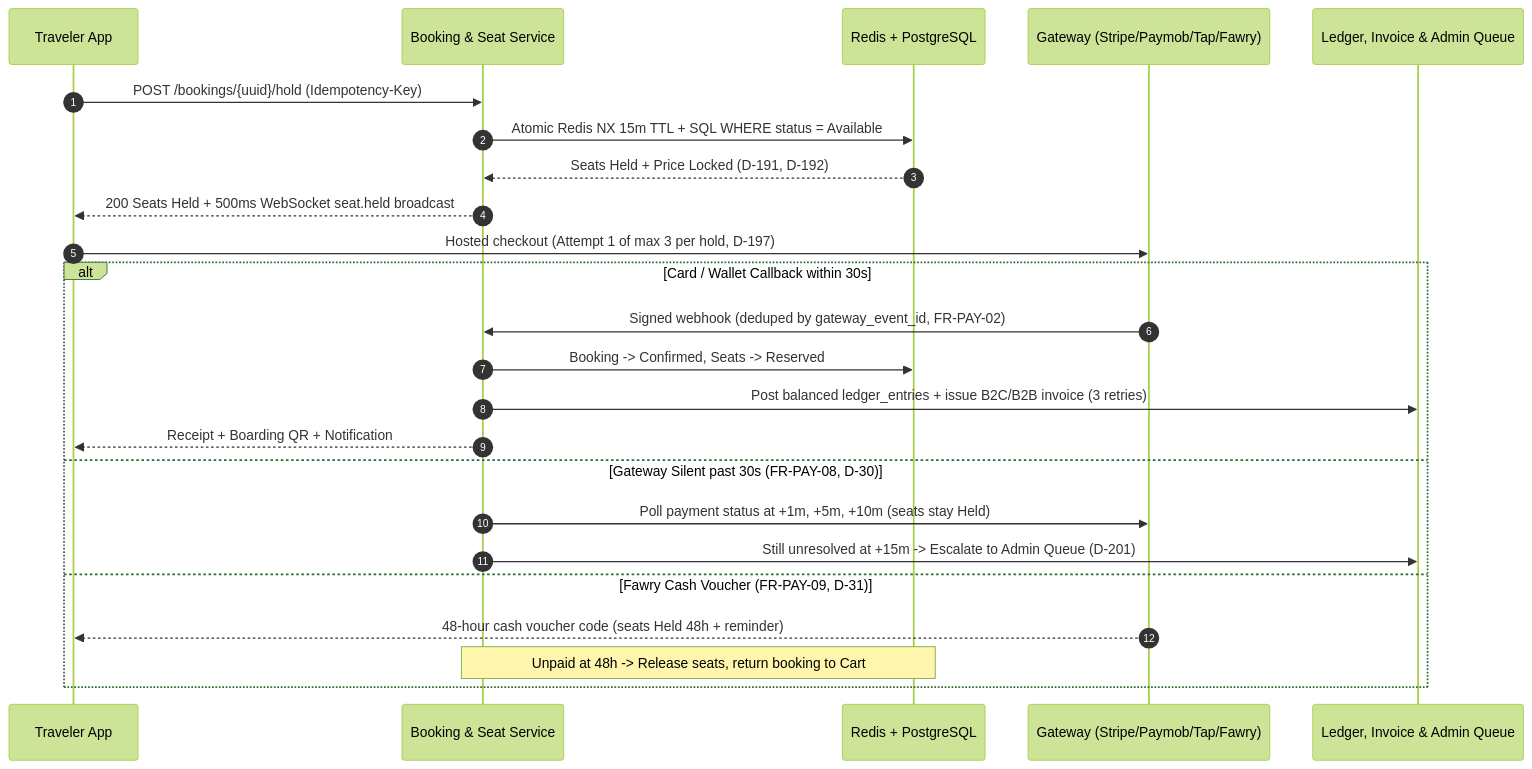
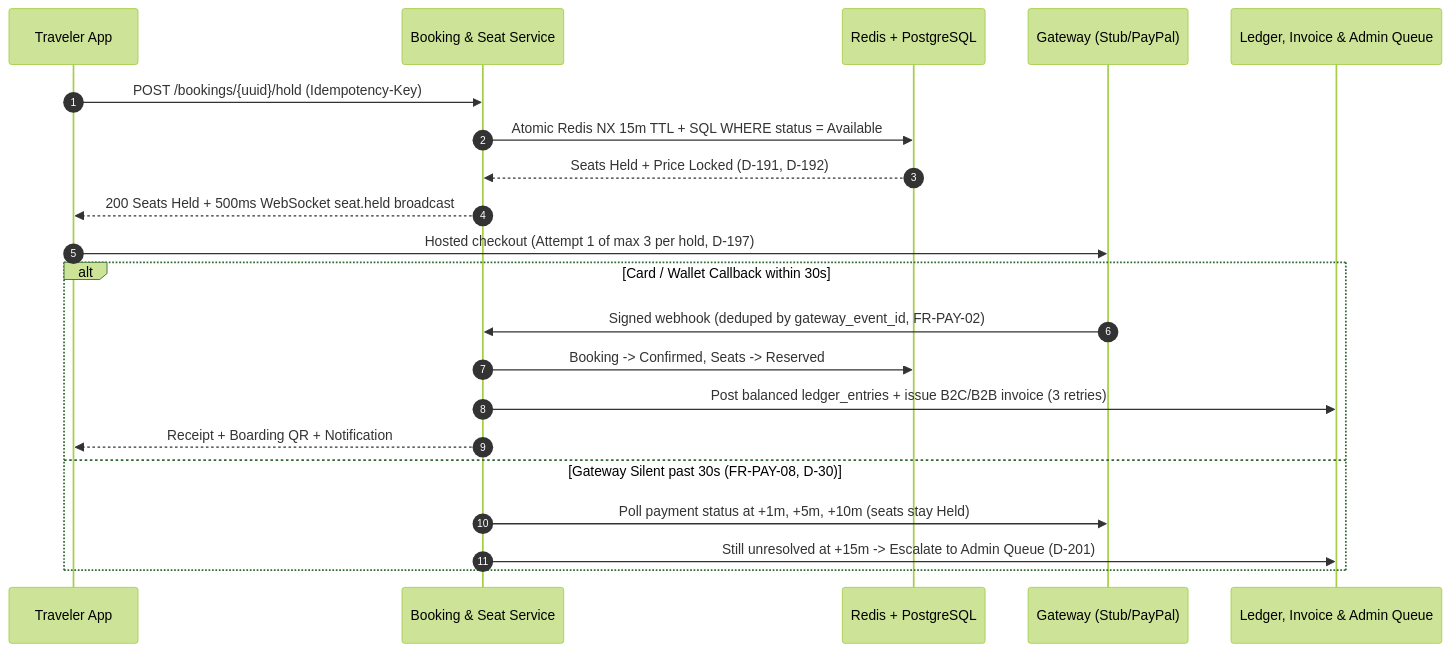
Before and after one commit to mohamedhabibwork/trips-enjoy-docs: the second of 4 diagrams in content/docs/system/lifecycle.mdx, drawn with Mermaid (forest theme). The commit also changed other lines of this file and 117 other files, not shown here.

````diff
--- a/content/docs/system/lifecycle.mdx
+++ b/content/docs/system/lifecycle.mdx
@@ -487,28 +487,25 @@
 ```mermaid
 sequenceDiagram
   autonumber
   participant Trv as Traveler App
   participant Api as Booking & Seat Service
   participant Red as Redis + PostgreSQL
-  participant Gtw as Gateway (Stripe/Paymob/Tap/Fawry)
+  participant Gtw as Gateway (Stub/PayPal)
   participant Fin as Ledger, Invoice & Admin Queue
 
   Trv->>Api: POST /bookings/{uuid}/hold (Idempotency-Key)
   Api->>Red: Atomic Redis NX 15m TTL + SQL WHERE status = Available
   Red-->>Api: Seats Held + Price Locked (D-191, D-192)
   Api-->>Trv: 200 Seats Held + 500ms WebSocket seat.held broadcast
 
   Trv->>Gtw: Hosted checkout (Attempt 1 of max 3 per hold, D-197)
   alt Card / Wallet Callback within 30s
     Gtw->>Api: Signed webhook (deduped by gateway_event_id, FR-PAY-02)
     Api->>Red: Booking -> Confirmed, Seats -> Reserved
     Api->>Fin: Post balanced ledger_entries + issue B2C/B2B invoice (3 retries)
     Api-->>Trv: Receipt + Boarding QR + Notification
   else Gateway Silent past 30s (FR-PAY-08, D-30)
     Api->>Gtw: Poll payment status at +1m, +5m, +10m (seats stay Held)
     Api->>Fin: Still unresolved at +15m -> Escalate to Admin Queue (D-201)
-  else Fawry Cash Voucher (FR-PAY-09, D-31)
-    Gtw-->>Trv: 48-hour cash voucher code (seats Held 48h + reminder)
-    Note over Api,Red: Unpaid at 48h -> Release seats, return booking to Cart
   end
 ```
````
